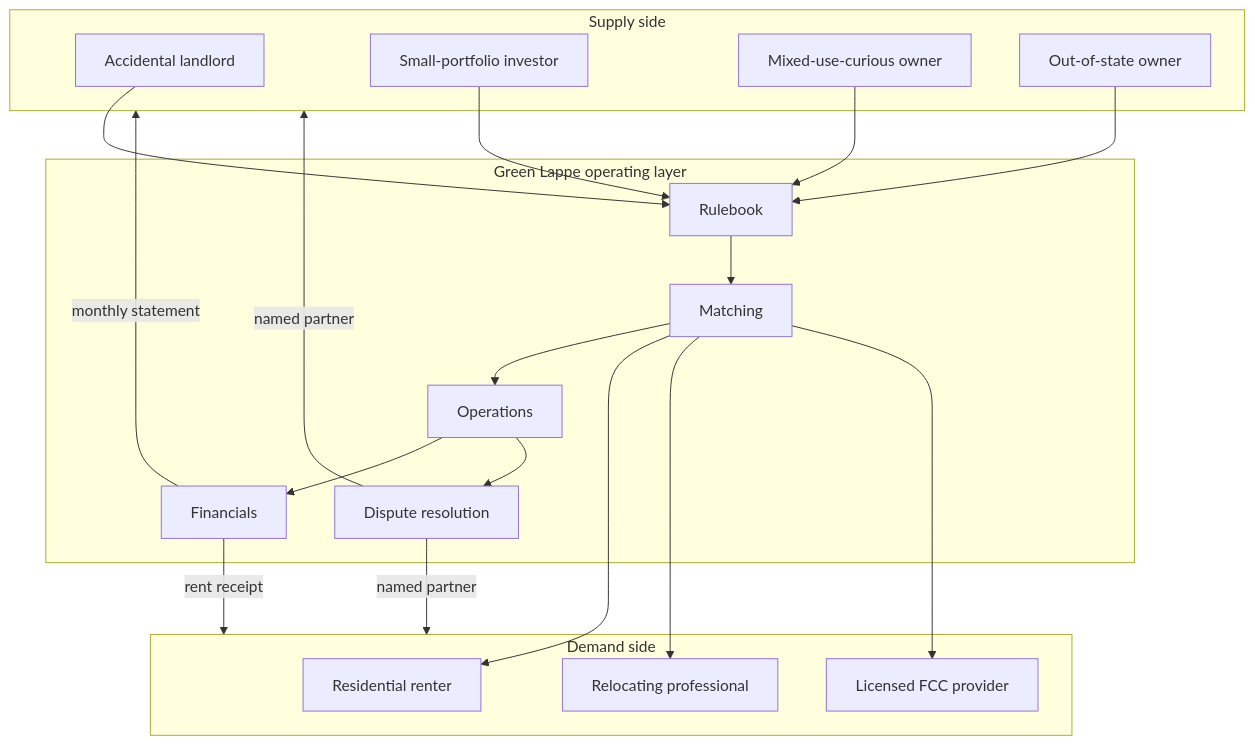
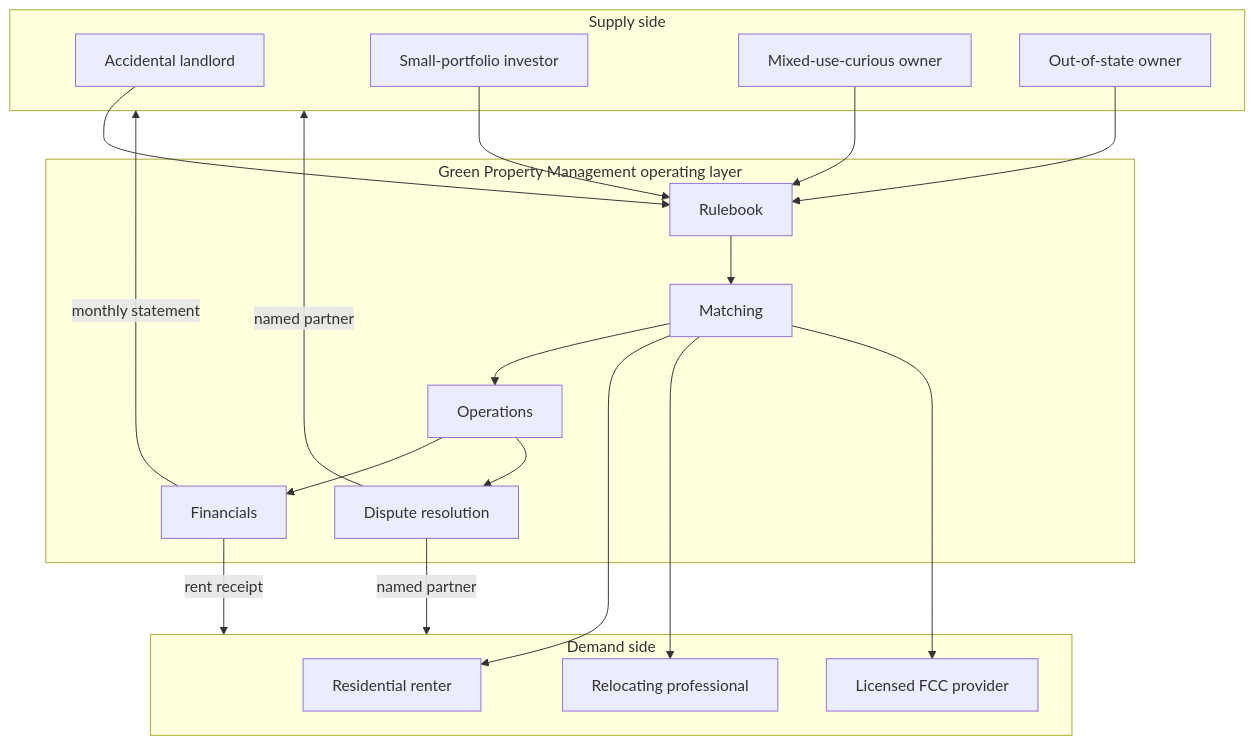
The diagram in docs/strategies/market/Two-Sided Marketplace.md (klappe-pm/green-lappe-properties), drawn with Mermaid before and after one commit. The commit also changed other lines of this file and 181 other files, not shown here.

````diff
--- a/docs/strategies/market/Two-Sided Marketplace.md
+++ b/docs/strategies/market/Two-Sided Marketplace.md
@@ -178,42 +178,42 @@
 ```mermaid
 flowchart TB
     subgraph supply[Supply side]
         O1[Accidental landlord]
         O2[Small-portfolio investor]
         O3[Mixed-use-curious owner]
         O4[Out-of-state owner]
     end
 
-    subgraph platform[Green Lappe operating layer]
+    subgraph platform[Green Property Management operating layer]
         R[Rulebook]
         M[Matching]
         OPS[Operations]
         FIN[Financials]
         DIS[Dispute resolution]
     end
 
     subgraph demand[Demand side]
         D1[Residential renter]
         D2[Relocating professional]
         D3[Licensed FCC provider]
     end
 
     O1 --> R
     O2 --> R
     O3 --> R
     O4 --> R
 
     R --> M
     M --> OPS
     OPS --> FIN
     OPS --> DIS
 
     M --> D1
     M --> D2
     M --> D3
 
     FIN -->|monthly statement| supply
     FIN -->|rent receipt| demand
     DIS -->|named partner| supply
     DIS -->|named partner| demand
 ```
````
